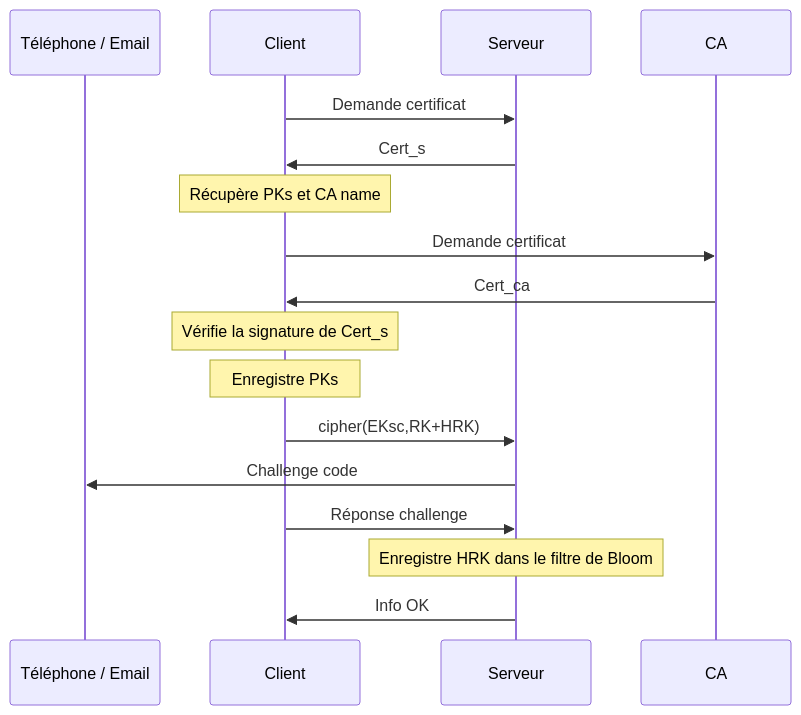
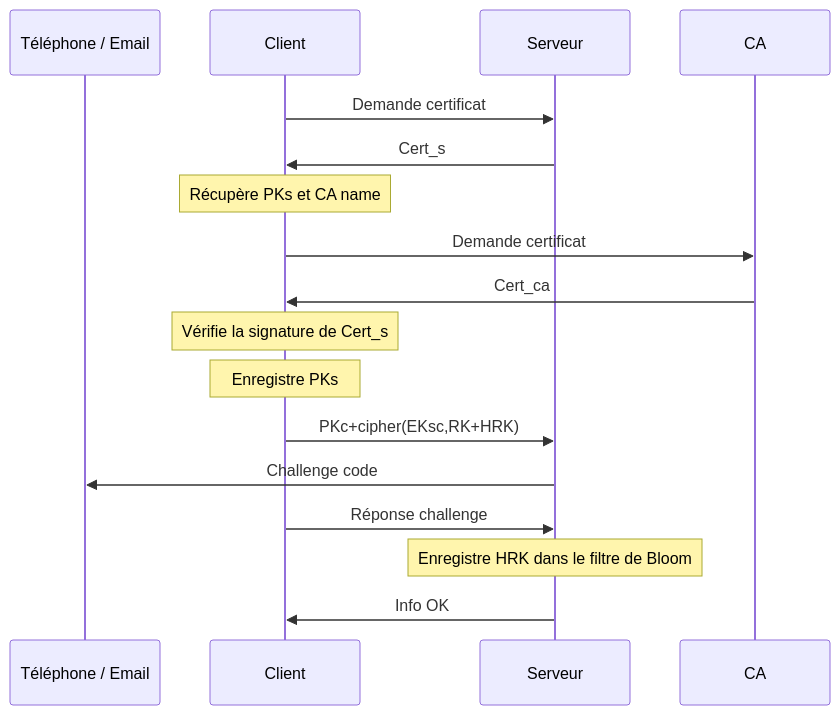
The first of 3 diagrams in readme/04-FR-implementation.md (Relex12/Decentralized-Password-Manager), drawn with Mermaid before and after one commit. The commit also changed other lines of this file, not shown here.

````diff
--- a/readme/04-FR-implementation.md
+++ b/readme/04-FR-implementation.md
@@ -39,19 +39,19 @@
 ```mermaid
 sequenceDiagram
 	participant TE as Téléphone / Email
     participant C as Client
     participant S as Serveur
     participant CA
     C ->> S: Demande certificat
     S ->> C: Cert_s
     Note over C: Récupère PKs et CA name
     C ->> CA: Demande certificat
     CA ->> C: Cert_ca
     Note over C: Vérifie la signature de Cert_s
     Note over C: Enregistre PKs
-    C ->> S: cipher(EKsc,RK+HRK)
+    C ->> S: PKc+cipher(EKsc,RK+HRK)
     S ->> TE: Challenge code
     C ->> S: Réponse challenge
     Note over S: Enregistre HRK dans le filtre de Bloom
     S ->> C: Info OK
 ```
````
